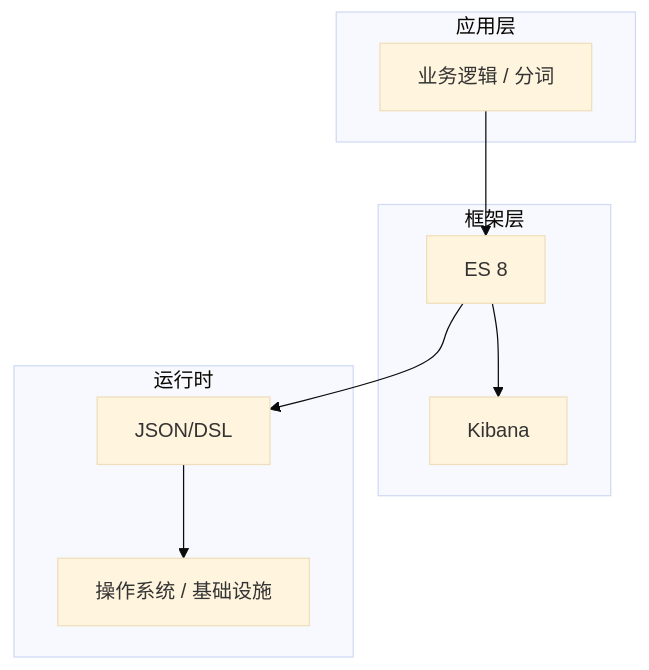
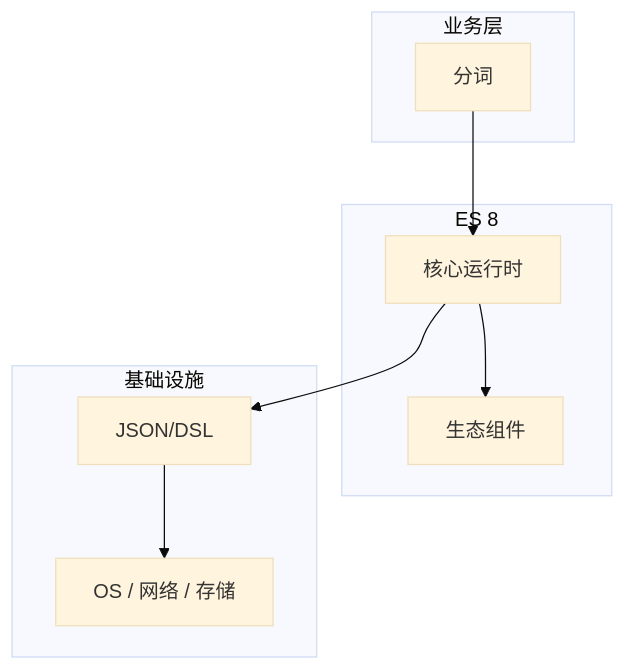
Before and after one commit to yanggan2015/knowledge-json-v2: the diagram in articles/Elasticsearch/chapters/050-分词核心概念与原理.md, drawn with Mermaid (base theme). The commit also changed other lines of this file and 10127 other files, not shown here.

````diff
--- a/articles/Elasticsearch/chapters/050-分词核心概念与原理.md
+++ b/articles/Elasticsearch/chapters/050-分词核心概念与原理.md
@@ -45,18 +34,18 @@
 ```mermaid
 graph TB
-    subgraph 应用层
-        A[业务逻辑 / 分词]
+    subgraph 业务层
+        A[分词]
     end
-    subgraph 框架层
-        B[ES 8]
-        C[Kibana]
+    subgraph ES 8
+        B[核心运行时]
+        C[生态组件]
     end
-    subgraph 运行时
+    subgraph 基础设施
         D[JSON/DSL]
-        E[操作系统 / 基础设施]
+        E[OS / 网络 / 存储]
     end
     A --> B
     B --> C
     B --> D
     D --> E
 ```
````
